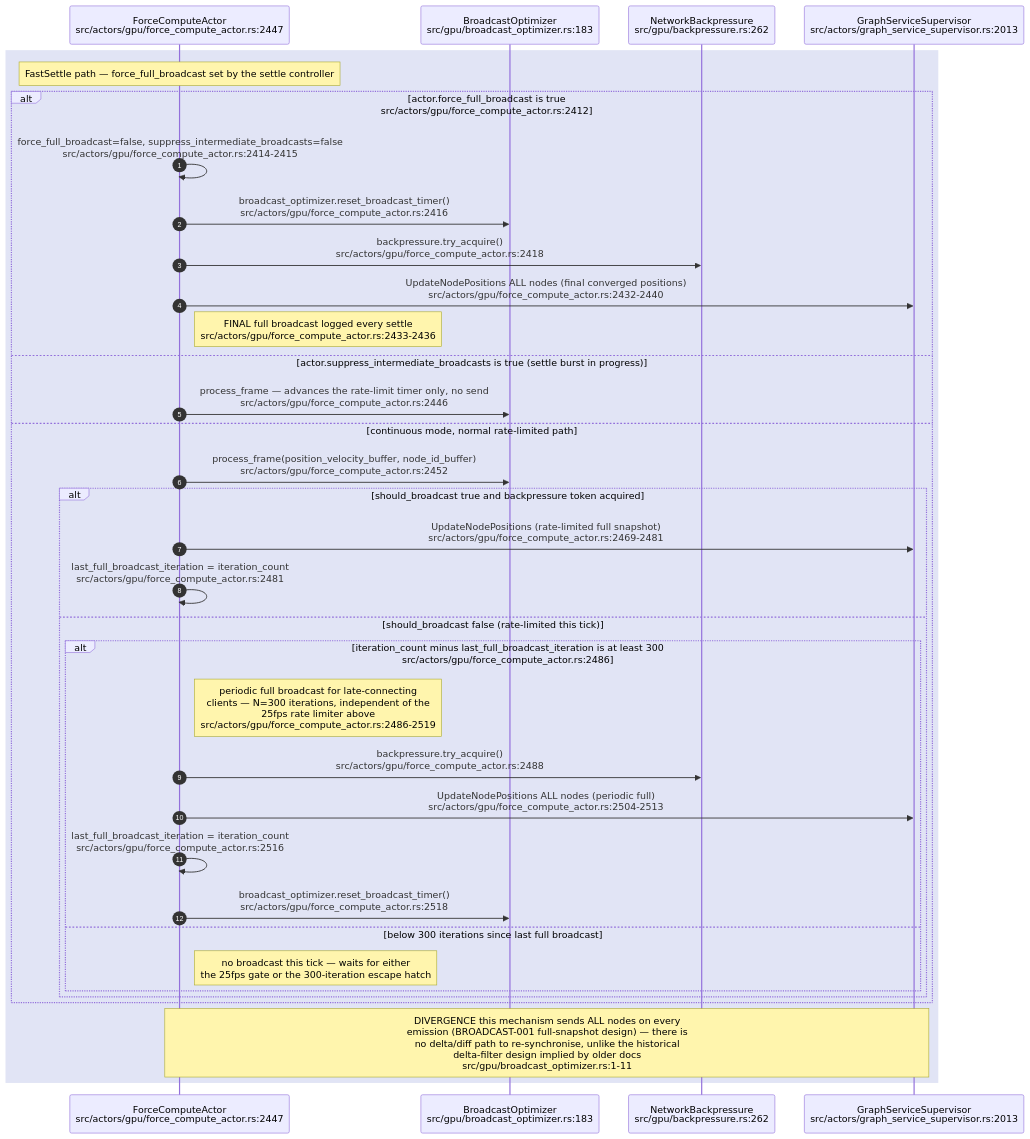
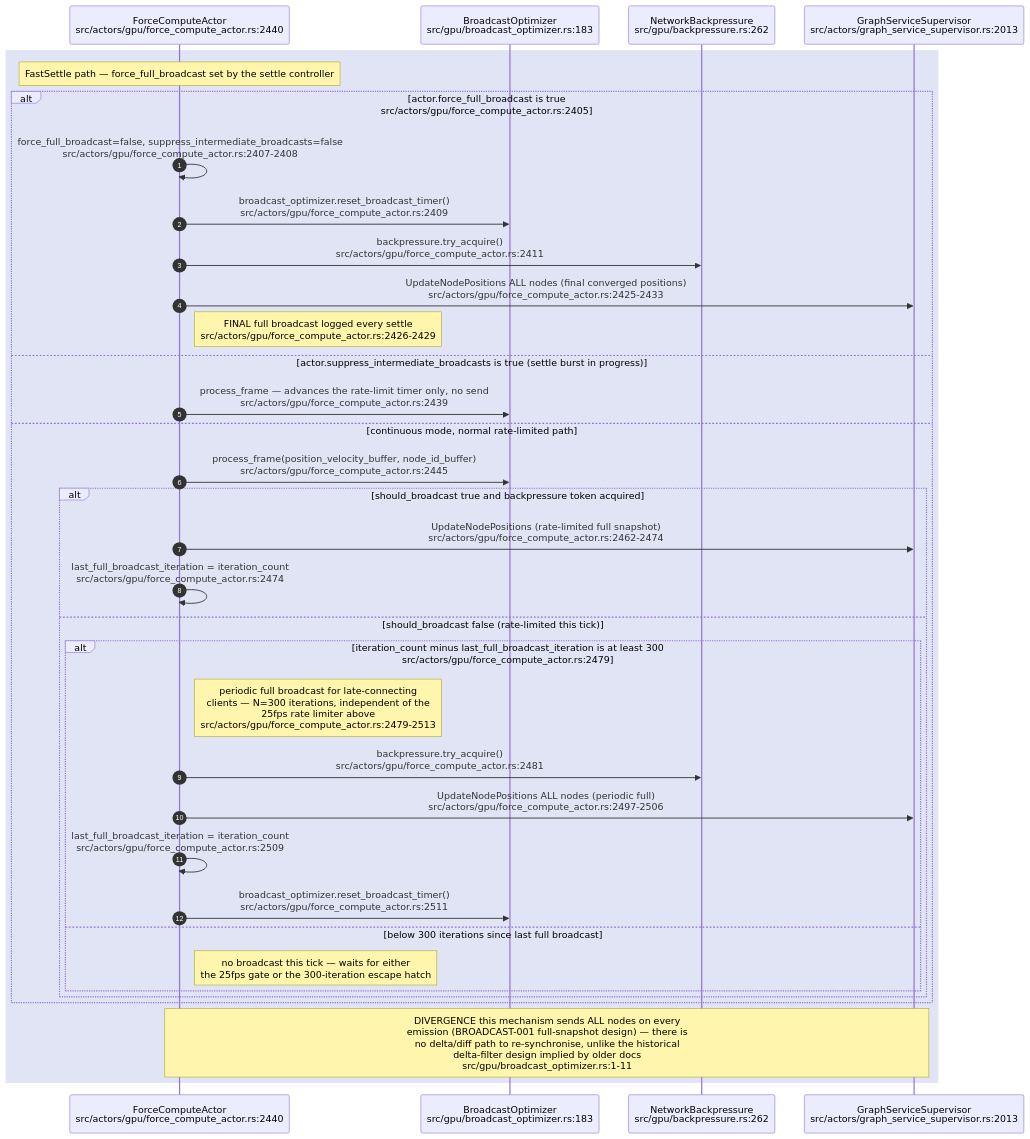
The fourth of 7 diagrams in docs/diagrams/visionclaw/13-broadcast-pipeline-and-websocket.md (DreamLab-AI/VisionFlow), drawn with Mermaid before and after one commit. The commit also changed other lines of this file and 94 other files, not shown here.

First line of the commit message:
docs(diagrams): re-verify 130 topics against 2 October HEADs

````diff
--- a/docs/diagrams/visionclaw/13-broadcast-pipeline-and-websocket.md
+++ b/docs/diagrams/visionclaw/13-broadcast-pipeline-and-websocket.md
@@ -230,38 +238,38 @@
 ```mermaid
 sequenceDiagram
     autonumber
-    participant FC as ForceComputeActor<br/>src/actors/gpu/force_compute_actor.rs:2447
+    participant FC as ForceComputeActor<br/>src/actors/gpu/force_compute_actor.rs:2440
     participant BO as BroadcastOptimizer<br/>src/gpu/broadcast_optimizer.rs:183
     participant BP as NetworkBackpressure<br/>src/gpu/backpressure.rs:262
     participant GSS as GraphServiceSupervisor<br/>src/actors/graph_service_supervisor.rs:2013
 
     rect rgb(225,228,245)
     Note over FC: FastSettle path — force_full_broadcast set by the settle controller
-    alt actor.force_full_broadcast is true<br/>src/actors/gpu/force_compute_actor.rs:2412
-        FC->>FC: force_full_broadcast=false, suppress_intermediate_broadcasts=false<br/>src/actors/gpu/force_compute_actor.rs:2414-2415
-        FC->>BO: broadcast_optimizer.reset_broadcast_timer()<br/>src/actors/gpu/force_compute_actor.rs:2416
-        FC->>BP: backpressure.try_acquire()<br/>src/actors/gpu/force_compute_actor.rs:2418
-        FC->>GSS: UpdateNodePositions ALL nodes (final converged positions)<br/>src/actors/gpu/force_compute_actor.rs:2432-2440
-        Note right of FC: FINAL full broadcast logged every settle<br/>src/actors/gpu/force_compute_actor.rs:2433-2436
+    alt actor.force_full_broadcast is true<br/>src/actors/gpu/force_compute_actor.rs:2405
+        FC->>FC: force_full_broadcast=false, suppress_intermediate_broadcasts=false<br/>src/actors/gpu/force_compute_actor.rs:2407-2408
+        FC->>BO: broadcast_optimizer.reset_broadcast_timer()<br/>src/actors/gpu/force_compute_actor.rs:2409
+        FC->>BP: backpressure.try_acquire()<br/>src/actors/gpu/force_compute_actor.rs:2411
+        FC->>GSS: UpdateNodePositions ALL nodes (final converged positions)<br/>src/actors/gpu/force_compute_actor.rs:2425-2433
+        Note right of FC: FINAL full broadcast logged every settle<br/>src/actors/gpu/force_compute_actor.rs:2426-2429
     else actor.suppress_intermediate_broadcasts is true (settle burst in progress)
-        FC->>BO: process_frame — advances the rate-limit timer only, no send<br/>src/actors/gpu/force_compute_actor.rs:2446
+        FC->>BO: process_frame — advances the rate-limit timer only, no send<br/>src/actors/gpu/force_compute_actor.rs:2439
     else continuous mode, normal rate-limited path
-        FC->>BO: process_frame(position_velocity_buffer, node_id_buffer)<br/>src/actors/gpu/force_compute_actor.rs:2452
+        FC->>BO: process_frame(position_velocity_buffer, node_id_buffer)<br/>src/actors/gpu/force_compute_actor.rs:2445
         alt should_broadcast true and backpressure token acquired
-            FC->>GSS: UpdateNodePositions (rate-limited full snapshot)<br/>src/actors/gpu/force_compute_actor.rs:2469-2481
-            FC->>FC: last_full_broadcast_iteration = iteration_count<br/>src/actors/gpu/force_compute_actor.rs:2481
+            FC->>GSS: UpdateNodePositions (rate-limited full snapshot)<br/>src/actors/gpu/force_compute_actor.rs:2462-2474
+            FC->>FC: last_full_broadcast_iteration = iteration_count<br/>src/actors/gpu/force_compute_actor.rs:2474
         else should_broadcast false (rate-limited this tick)
-            alt iteration_count minus last_full_broadcast_iteration is at least 300<br/>src/actors/gpu/force_compute_actor.rs:2486
-                Note right of FC: periodic full broadcast for late-connecting<br/>clients — N=300 iterations, independent of the<br/>25fps rate limiter above<br/>src/actors/gpu/force_compute_actor.rs:2486-2519
-                FC->>BP: backpressure.try_acquire()<br/>src/actors/gpu/force_compute_actor.rs:2488
-                FC->>GSS: UpdateNodePositions ALL nodes (periodic full)<br/>src/actors/gpu/force_compute_actor.rs:2504-2513
-                FC->>FC: last_full_broadcast_iteration = iteration_count<br/>src/actors/gpu/force_compute_actor.rs:2516
-                FC->>BO: broadcast_optimizer.reset_broadcast_timer()<br/>src/actors/gpu/force_compute_actor.rs:2518
+            alt iteration_count minus last_full_broadcast_iteration is at least 300<br/>src/actors/gpu/force_compute_actor.rs:2479
+                Note right of FC: periodic full broadcast for late-connecting<br/>clients — N=300 iterations, independent of the<br/>25fps rate limiter above<br/>src/actors/gpu/force_compute_actor.rs:2479-2513
+                FC->>BP: backpressure.try_acquire()<br/>src/actors/gpu/force_compute_actor.rs:2481
+                FC->>GSS: UpdateNodePositions ALL nodes (periodic full)<br/>src/actors/gpu/force_compute_actor.rs:2497-2506
+                FC->>FC: last_full_broadcast_iteration = iteration_count<br/>src/actors/gpu/force_compute_actor.rs:2509
+                FC->>BO: broadcast_optimizer.reset_broadcast_timer()<br/>src/actors/gpu/force_compute_actor.rs:2511
             else below 300 iterations since last full broadcast
                 Note right of FC: no broadcast this tick — waits for either<br/>the 25fps gate or the 300-iteration escape hatch
             end
         end
     end
     Note over FC,GSS: DIVERGENCE this mechanism sends ALL nodes on every<br/>emission (BROADCAST-001 full-snapshot design) — there is<br/>no delta/diff path to re-synchronise, unlike the historical<br/>delta-filter design implied by older docs<br/>src/gpu/broadcast_optimizer.rs:1-11
     end
 ```
````
